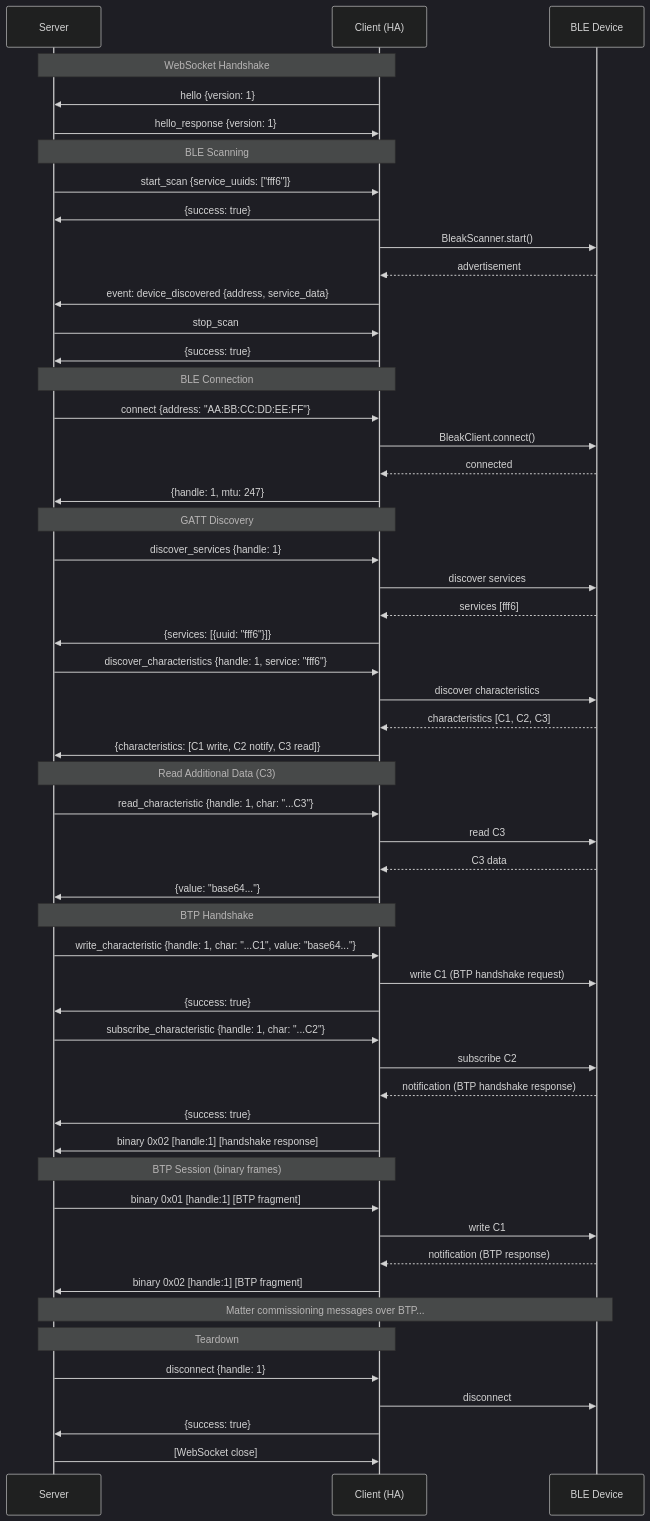
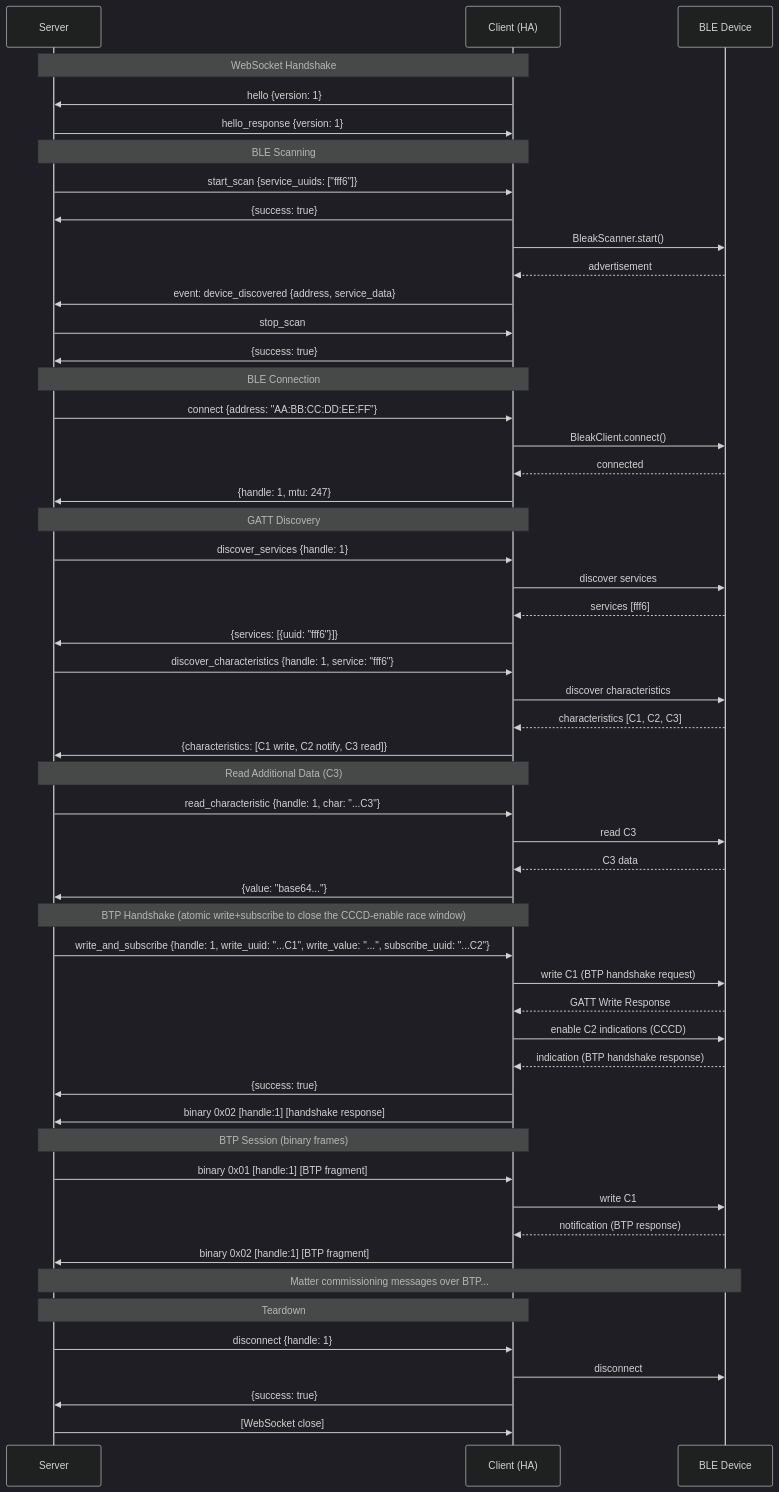
Before and after one commit to matter-js/matterjs-server: the diagram in docs/ble-proxy-protocol.md, drawn with Mermaid (dark theme). The commit also changed other lines of this file and 7 other files, not shown here.

First line of the commit message:
ble-proxy: add write_and_subscribe; drop scan-event spam; diag logs

````diff
--- a/docs/ble-proxy-protocol.md
+++ b/docs/ble-proxy-protocol.md
@@ -597,67 +639,65 @@
 ```mermaid
 sequenceDiagram
     participant S as Server
     participant C as Client (HA)
     participant D as BLE Device
 
     Note over S,C: WebSocket Handshake
     C->>S: hello {version: 1}
     S->>C: hello_response {version: 1}
 
     Note over S,C: BLE Scanning
     S->>C: start_scan {service_uuids: ["fff6"]}
     C->>S: {success: true}
     C->>D: BleakScanner.start()
     D-->>C: advertisement
     C->>S: event: device_discovered {address, service_data}
     S->>C: stop_scan
     C->>S: {success: true}
 
     Note over S,C: BLE Connection
     S->>C: connect {address: "AA:BB:CC:DD:EE:FF"}
     C->>D: BleakClient.connect()
     D-->>C: connected
     C->>S: {handle: 1, mtu: 247}
 
     Note over S,C: GATT Discovery
     S->>C: discover_services {handle: 1}
     C->>D: discover services
     D-->>C: services [fff6]
     C->>S: {services: [{uuid: "fff6"}]}
 
     S->>C: discover_characteristics {handle: 1, service: "fff6"}
     C->>D: discover characteristics
     D-->>C: characteristics [C1, C2, C3]
     C->>S: {characteristics: [C1 write, C2 notify, C3 read]}
 
     Note over S,C: Read Additional Data (C3)
     S->>C: read_characteristic {handle: 1, char: "...C3"}
     C->>D: read C3
     D-->>C: C3 data
     C->>S: {value: "base64..."}
 
-    Note over S,C: BTP Handshake
-    S->>C: write_characteristic {handle: 1, char: "...C1", value: "base64..."}
+    Note over S,C: BTP Handshake (atomic write+subscribe to close the CCCD-enable race window)
+    S->>C: write_and_subscribe {handle: 1, write_uuid: "...C1", write_value: "...", subscribe_uuid: "...C2"}
     C->>D: write C1 (BTP handshake request)
-    C->>S: {success: true}
-
-    S->>C: subscribe_characteristic {handle: 1, char: "...C2"}
-    C->>D: subscribe C2
-    D-->>C: notification (BTP handshake response)
+    D-->>C: GATT Write Response
+    C->>D: enable C2 indications (CCCD)
+    D-->>C: indication (BTP handshake response)
     C->>S: {success: true}
     C->>S: binary 0x02 [handle:1] [handshake response]
 
     Note over S,C: BTP Session (binary frames)
     S->>C: binary 0x01 [handle:1] [BTP fragment]
     C->>D: write C1
     D-->>C: notification (BTP response)
     C->>S: binary 0x02 [handle:1] [BTP fragment]
 
     Note over S,D: Matter commissioning messages over BTP...
 
     Note over S,C: Teardown
     S->>C: disconnect {handle: 1}
     C->>D: disconnect
     C->>S: {success: true}
     S->>C: [WebSocket close]
 ```
````
